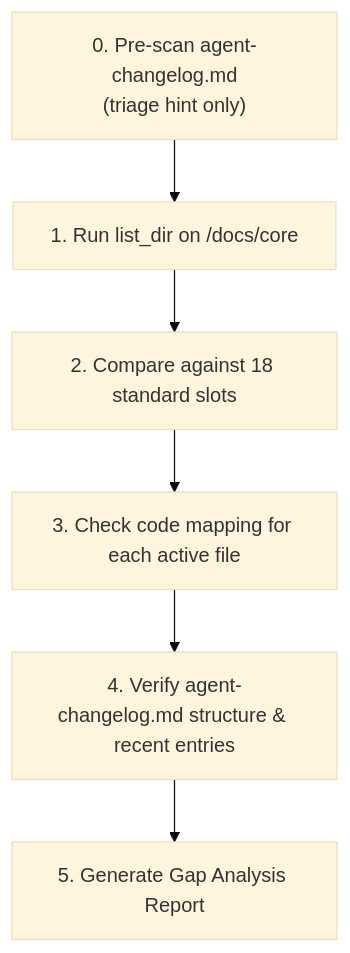
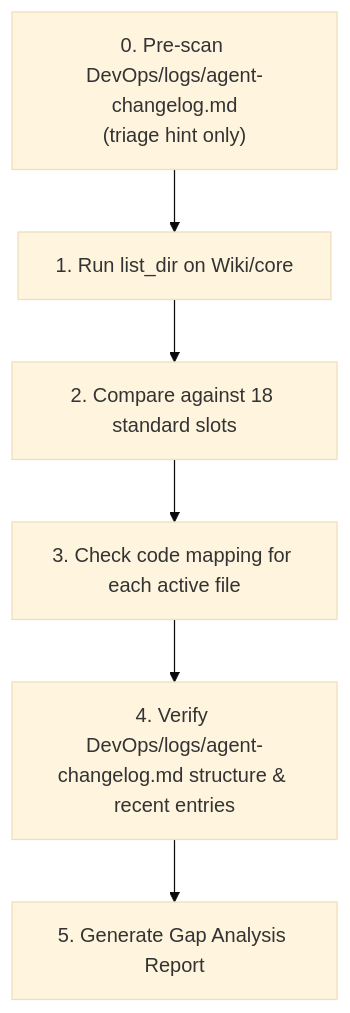
Before and after one commit to CMC-27/Vibe-App-Wiki: the diagram in Skills/documentation-architecture-assessment/SKILL.md, drawn with Mermaid (base theme). The commit also changed other lines of this file and 35 other files, not shown here.

Commit message:
refactor: restructure documentation to a Wiki/DevOps directory schema and implement comprehensive system architecture standards.

````diff
--- a/Skills/documentation-architecture-assessment/SKILL.md
+++ b/Skills/documentation-architecture-assessment/SKILL.md
@@ -85,8 +89,8 @@
 ```mermaid
 flowchart TD
-    Changelog["0. Pre-scan agent-changelog.md\n(triage hint only)"] --> Start
-    Start["1. Run list_dir on /docs/core"] --> Gap["2. Compare against 18 standard slots"]
+    Changelog["0. Pre-scan DevOps/logs/agent-changelog.md\n(triage hint only)"] --> Start
+    Start["1. Run list_dir on Wiki/core"] --> Gap["2. Compare against 18 standard slots"]
     Gap --> Match["3. Check code mapping for each active file"]
-    Match --> AuditLog["4. Verify agent-changelog.md structure & recent entries"]
+    Match --> AuditLog["4. Verify DevOps/logs/agent-changelog.md structure & recent entries"]
     AuditLog --> Report["5. Generate Gap Analysis Report"]
 ```
````
